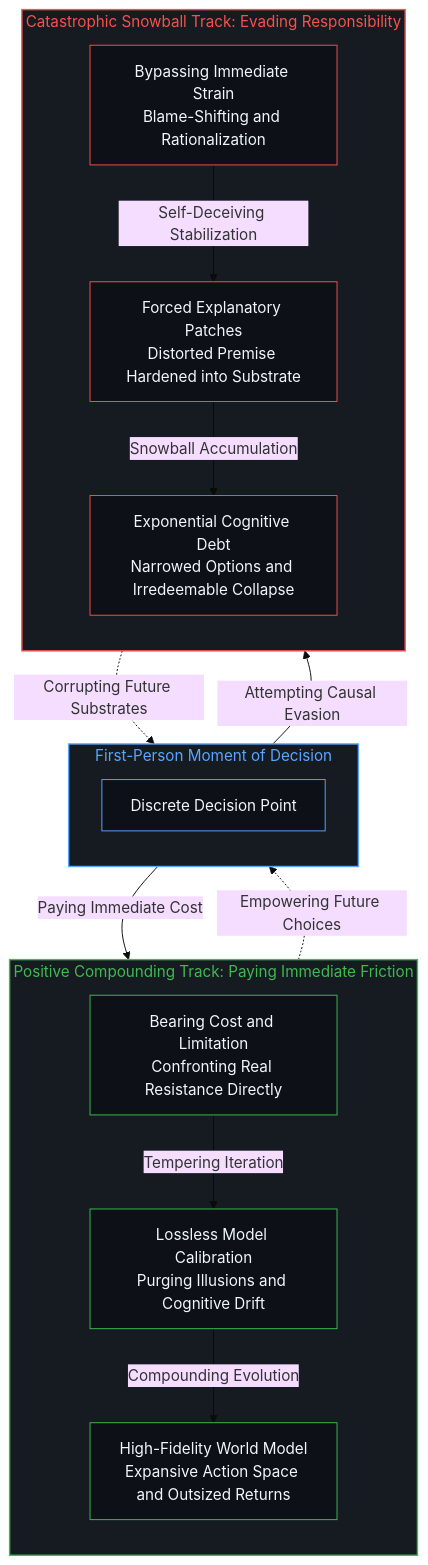
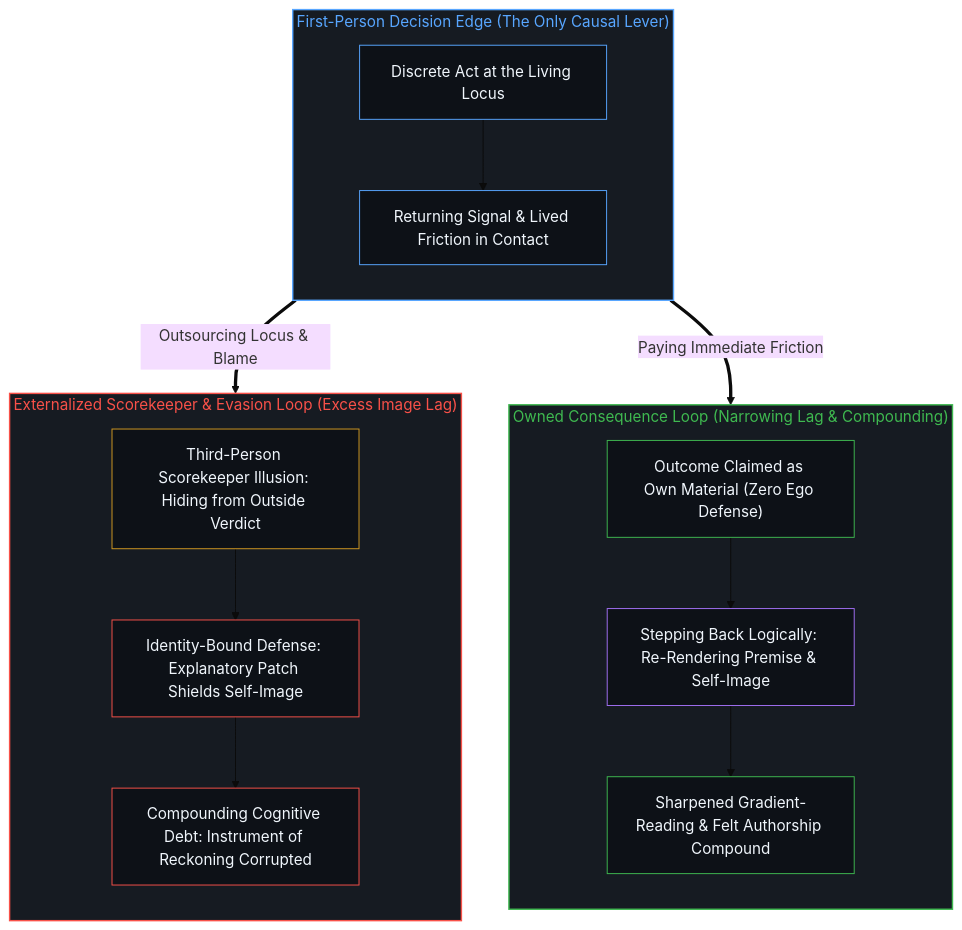
The second of 2 diagrams in content/posts/no-outside-scorekeeper.md (powerpig99/not-a-toe), drawn with Mermaid (base theme) before and after one commit. The commit also changed other lines of this file and 4 other files, not shown here.

Commit message:
Refine L2 #146-#148: boletus-compute-storm-and-promethean-fire, the-perceiver-and-the-trace, no-outside-scorekeeper (Wave 3)

````diff
--- a/content/posts/no-outside-scorekeeper.md
+++ b/content/posts/no-outside-scorekeeper.md
@@ -144,40 +80,40 @@
 ```mermaid
-graph TD
-    subgraph S_Origin["First-Person Moment of Decision"]
+flowchart TD
+    subgraph S_Edge["First-Person Decision Edge (The Only Causal Lever)"]
         direction TB
-        Dec["Discrete Decision Point"]
-    end
-    subgraph S_Clean["Positive Compounding Track: Paying Immediate Friction"]
-        direction TB
-        Pay["Bearing Cost and Limitation<br/>Confronting Real Resistance Directly"]
-        Cal["Lossless Model Calibration<br/>Purging Illusions and Cognitive Drift"]
-        Ret["High-Fidelity World Model<br/>Expansive Action Space and Outsized Returns"]
-    end
-    subgraph S_Distort["Catastrophic Snowball Track: Evading Responsibility"]
-        direction TB
-        Evade["Bypassing Immediate Strain<br/>Blame-Shifting and Rationalization"]
-        Patch["Forced Explanatory Patches<br/>Distorted Premise Hardened into Substrate"]
-        Debt["Exponential Cognitive Debt<br/>Narrowed Options and Irredeemable Collapse"]
+        Choice["Discrete Act at the Living Locus"]
+        Contact["Returning Signal & Lived Friction in Contact"]
+        Choice --> Contact
     end
 
-    Dec -->|"Paying Immediate Cost"| Pay
-    Pay -->|"Tempering Iteration"| Cal
-    Cal -->|"Compounding Evolution"| Ret
-    Ret -. "Empowering Future Choices" .-> Dec
+    subgraph S_Own["Owned Consequence Loop (Narrowing Lag & Compounding)"]
+        direction TB
+        Claim["Outcome Claimed as Own Material (Zero Ego Defense)"]
+        StepBack["Stepping Back Logically: Re-Rendering Premise & Self-Image"]
+        Compound["Sharpened Gradient-Reading & Felt Authorship Compound"]
+        Claim --> StepBack --> Compound
+    end
 
-    Dec -->|"Attempting Causal Evasion"| Evade
-    Evade -->|"Self-Deceiving Stabilization"| Patch
-    Patch -->|"Snowball Accumulation"| Debt
-    Debt -. "Corrupting Future Substrates" .-> Dec
+    subgraph S_Evade["Externalized Scorekeeper & Evasion Loop (Excess Image Lag)"]
+        direction TB
+        Court["Third-Person Scorekeeper Illusion: Hiding from Outside Verdict"]
+        Patch["Identity-Bound Defense: Explanatory Patch Shields Self-Image"]
+        Lock["Compounding Cognitive Debt: Instrument of Reckoning Corrupted"]
+        Court --> Patch --> Lock
+    end
 
-    style S_Origin fill:#161b22,stroke:#58a6ff,stroke-width:1.5px,color:#58a6ff
-    style S_Clean fill:#161b22,stroke:#3fb950,stroke-width:1.5px,color:#3fb950
-    style S_Distort fill:#161b22,stroke:#f85149,stroke-width:1.5px,color:#f85149
-    style Dec fill:#0d1117,stroke:#58a6ff,stroke-width:1px,color:#f0f6fc
-    style Pay fill:#0d1117,stroke:#3fb950,stroke-width:1px,color:#f0f6fc
-    style Cal fill:#0d1117,stroke:#3fb950,stroke-width:1px,color:#f0f6fc
-    style Ret fill:#0d1117,stroke:#3fb950,stroke-width:1px,color:#f0f6fc
-    style Evade fill:#0d1117,stroke:#f85149,stroke-width:1px,color:#f0f6fc
+    Contact ==>|"Paying Immediate Friction"| Claim
+    Contact ==>|"Outsourcing Locus & Blame"| Court
+
+    style S_Edge fill:#161b22,stroke:#58a6ff,stroke-width:1.5px,color:#58a6ff
+    style S_Own fill:#161b22,stroke:#3fb950,stroke-width:1.5px,color:#3fb950
+    style S_Evade fill:#161b22,stroke:#f85149,stroke-width:1.5px,color:#f85149
+    style Choice fill:#0d1117,stroke:#58a6ff,stroke-width:1px,color:#f0f6fc
+    style Contact fill:#0d1117,stroke:#58a6ff,stroke-width:1px,color:#f0f6fc
+    style Claim fill:#0d1117,stroke:#3fb950,stroke-width:1px,color:#f0f6fc
+    style StepBack fill:#0d1117,stroke:#a371f7,stroke-width:1px,color:#f0f6fc
+    style Compound fill:#0d1117,stroke:#3fb950,stroke-width:1px,color:#f0f6fc
+    style Court fill:#0d1117,stroke:#d29922,stroke-width:1px,color:#f0f6fc
     style Patch fill:#0d1117,stroke:#f85149,stroke-width:1px,color:#f0f6fc
-    style Debt fill:#0d1117,stroke:#f85149,stroke-width:1px,color:#f0f6fc
+    style Lock fill:#0d1117,stroke:#f85149,stroke-width:1px,color:#f0f6fc
 ```
````
